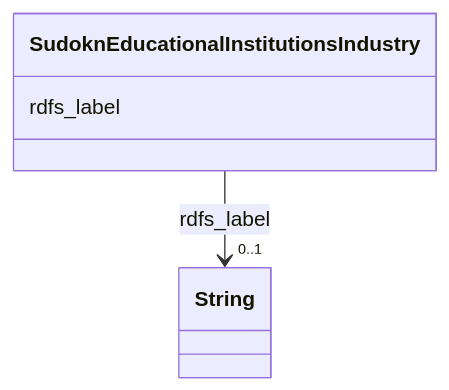
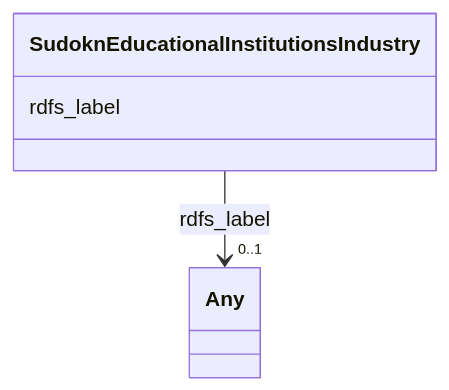
One commit to frink-okn/graph-descriptions changed the diagram in sudokn-kg/classes/SudoknEducationalInstitutionsIndustry.md. Above: the diagram before and after it, drawn with Mermaid. The commit also changed other lines of this file and 903 other files, not shown here.

````diff
--- a/sudokn-kg/classes/SudoknEducationalInstitutionsIndustry.md
+++ b/sudokn-kg/classes/SudoknEducationalInstitutionsIndustry.md
@@ -23,15 +18,15 @@
 ```mermaid
  classDiagram
     class SudoknEducationalInstitutionsIndustry
     click SudoknEducationalInstitutionsIndustry href "../SudoknEducationalInstitutionsIndustry"
       SudoknEducationalInstitutionsIndustry : rdfs_label
         
           
     
     
-    SudoknEducationalInstitutionsIndustry --> "0..1" String : rdfs_label
-    click String href "../String"
+    SudoknEducationalInstitutionsIndustry --> "0..1" Any : rdfs_label
+    click Any href "../Any"
 
         
       
 ```
````
